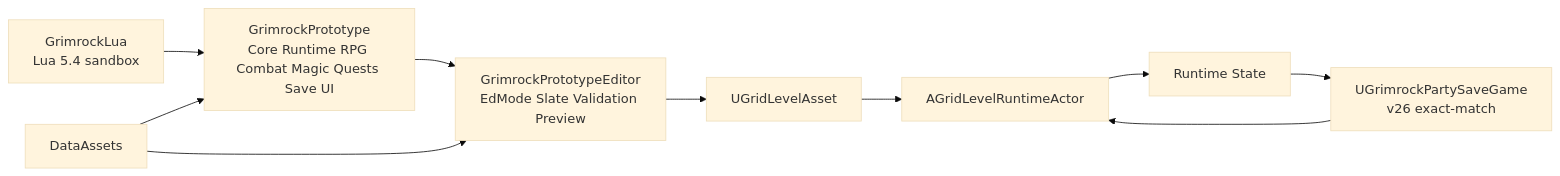
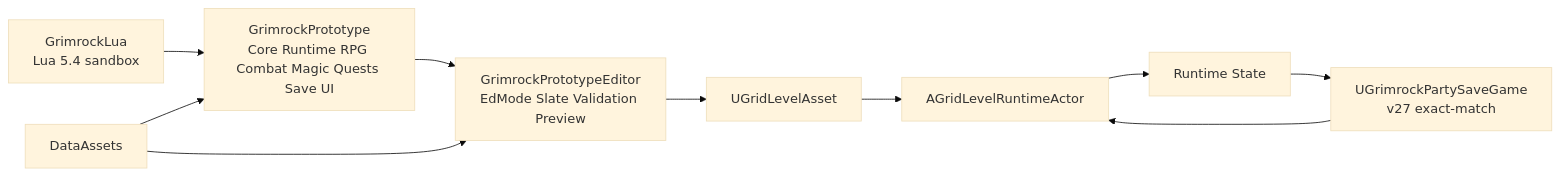
The first of 18 diagrams in docs/Architecture/Maps/GRIMROCK_PROJECT_MAP_MERMAID.md (PhilippeMartin1964/GrimrockPrototype), drawn with Mermaid (base theme) before and after one commit. The commit also changed 20 other files, not shown here.

````diff
--- a/docs/Architecture/Maps/GRIMROCK_PROJECT_MAP_MERMAID.md
+++ b/docs/Architecture/Maps/GRIMROCK_PROJECT_MAP_MERMAID.md
@@ -10,12 +10,12 @@
 ```mermaid
 flowchart LR
     LUA[GrimrockLua\nLua 5.4 sandbox] --> RT[GrimrockPrototype\nCore Runtime RPG Combat Magic Quests Save UI]
     RT --> ED[GrimrockPrototypeEditor\nEdMode Slate Validation Preview]
     DA[DataAssets] --> RT
     DA --> ED
     ED --> LVL[UGridLevelAsset]
     LVL --> RTA[AGridLevelRuntimeActor]
     RTA --> STATE[Runtime State]
-    STATE --> SAVE[UGrimrockPartySaveGame\nv26 exact-match]
+    STATE --> SAVE[UGrimrockPartySaveGame\nv27 exact-match]
     SAVE --> RTA
 ```
````
